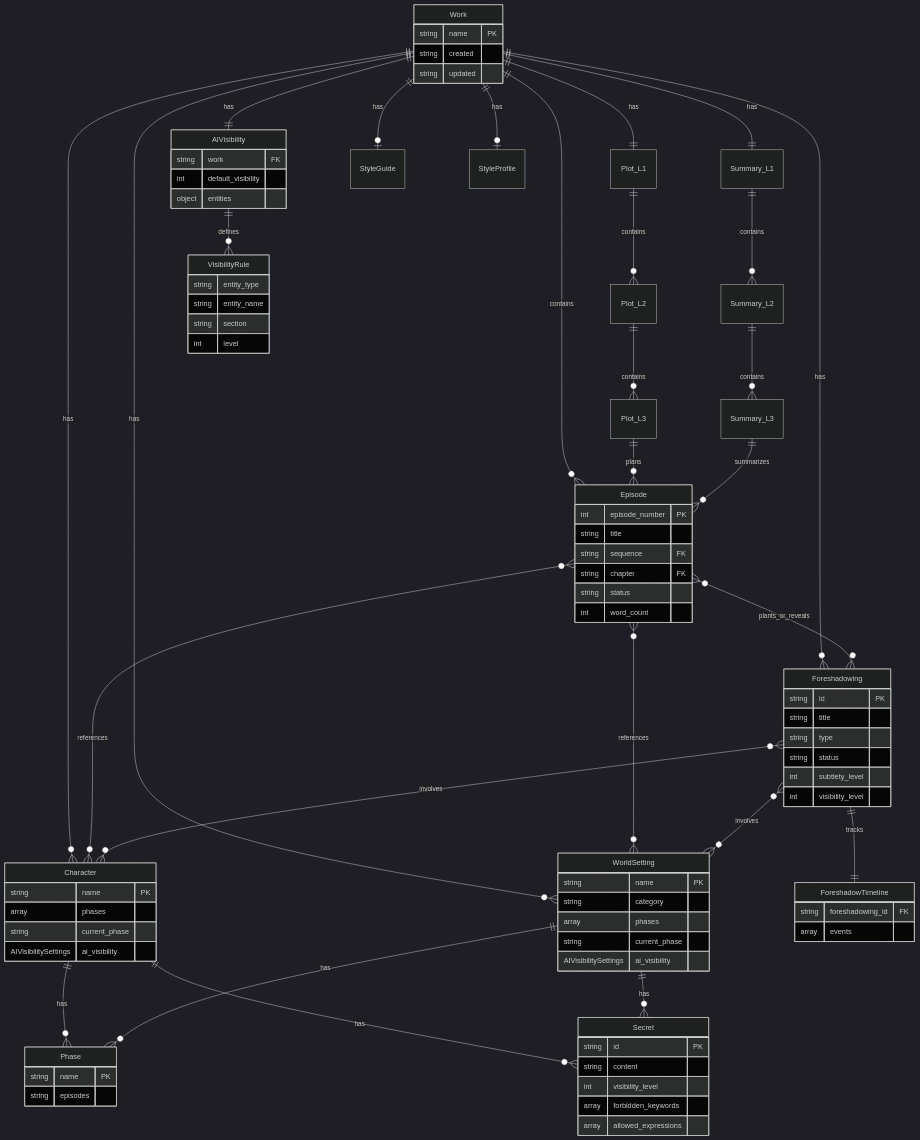
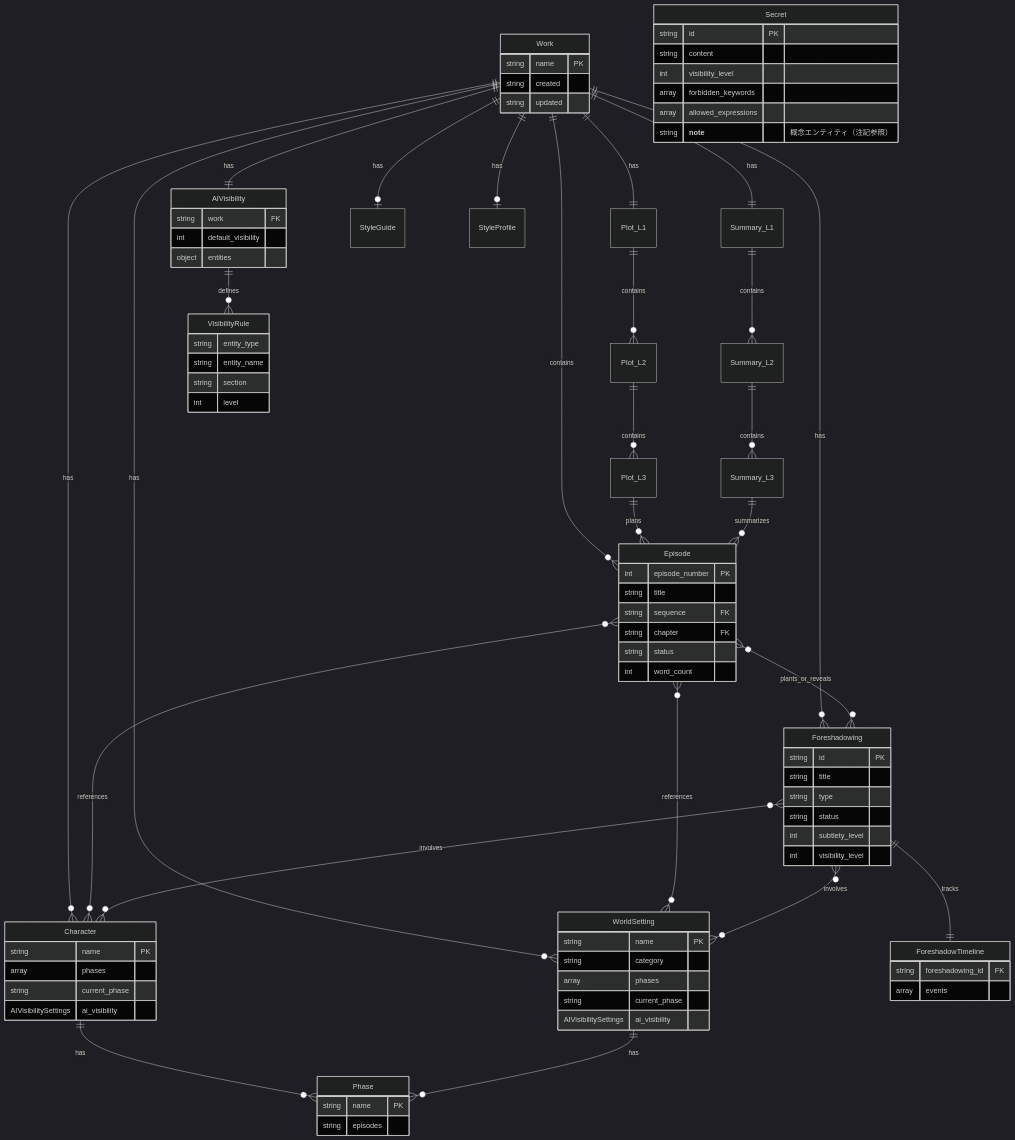
One commit to sougetuOte/Novel-Athanor-v2 changed the diagram in docs/specs/novel-generator-v2/03_data-model.md. Above: the diagram before and after it, drawn with Mermaid (dark theme). The commit also changed other lines of this file and 10 other files, not shown here.

```diff
--- a/docs/specs/novel-generator-v2/03_data-model.md
+++ b/docs/specs/novel-generator-v2/03_data-model.md
@@ -51,9 +51,6 @@
 
     Character ||--o{ Phase : has
     WorldSetting ||--o{ Phase : has
-    Character ||--o{ Secret : has
-    WorldSetting ||--o{ Secret : has
-
     Foreshadowing ||--|| ForeshadowTimeline : tracks
     Foreshadowing }o--o{ Character : involves
     Foreshadowing }o--o{ WorldSetting : involves
@@ -101,6 +98,7 @@
         int visibility_level
         array forbidden_keywords
         array allowed_expressions
+        string __note__ "概念エンティティ（注記参照）"
     }
 
     Foreshadowing {
```
